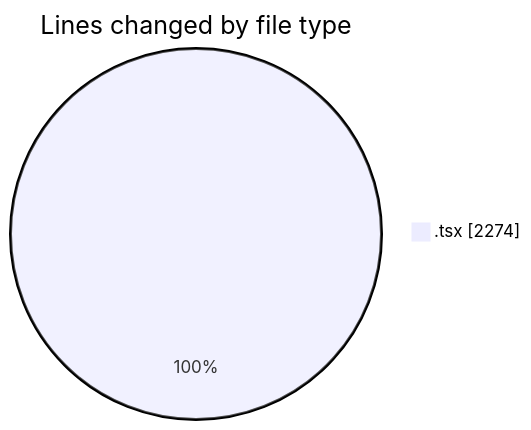
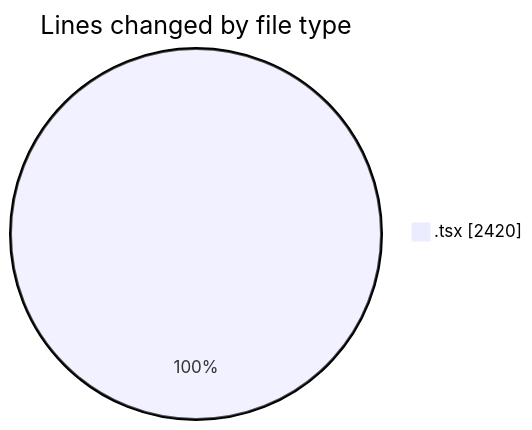
One commit to momahboobian/code-tracking changed the first of 2 diagrams in 2025-11-21/cda/README.md. Above: the diagram before and after it, drawn with Mermaid. The commit also changed other lines of this file and 1 other file, not shown here.

````diff
--- a/2025-11-21/cda/README.md
+++ b/2025-11-21/cda/README.md
@@ -21,5 +22,5 @@
 ```mermaid
 pie showData
 title Lines changed by file type
-".tsx" : 2274
+".tsx" : 2420
 ```
````
